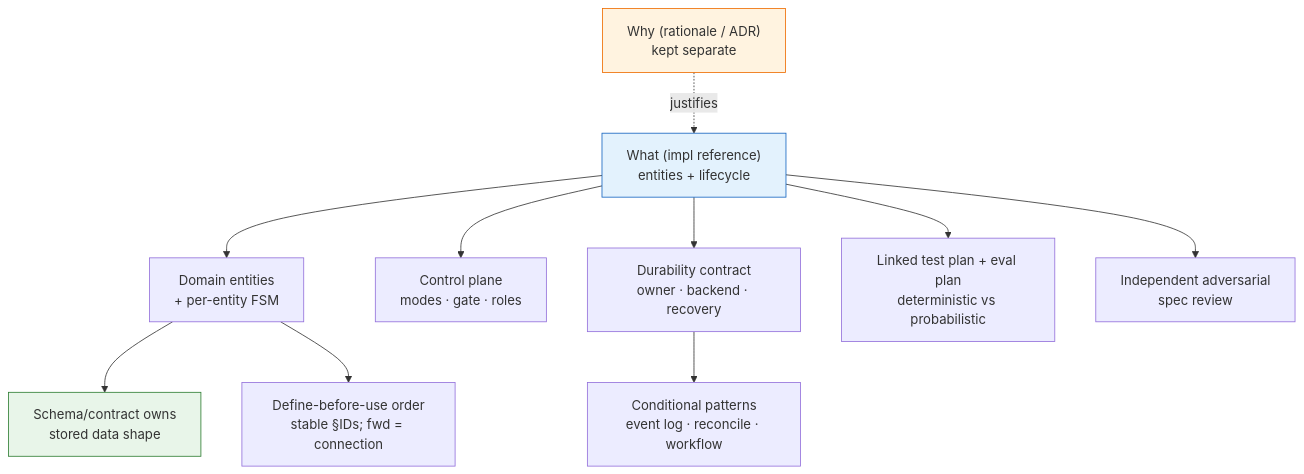
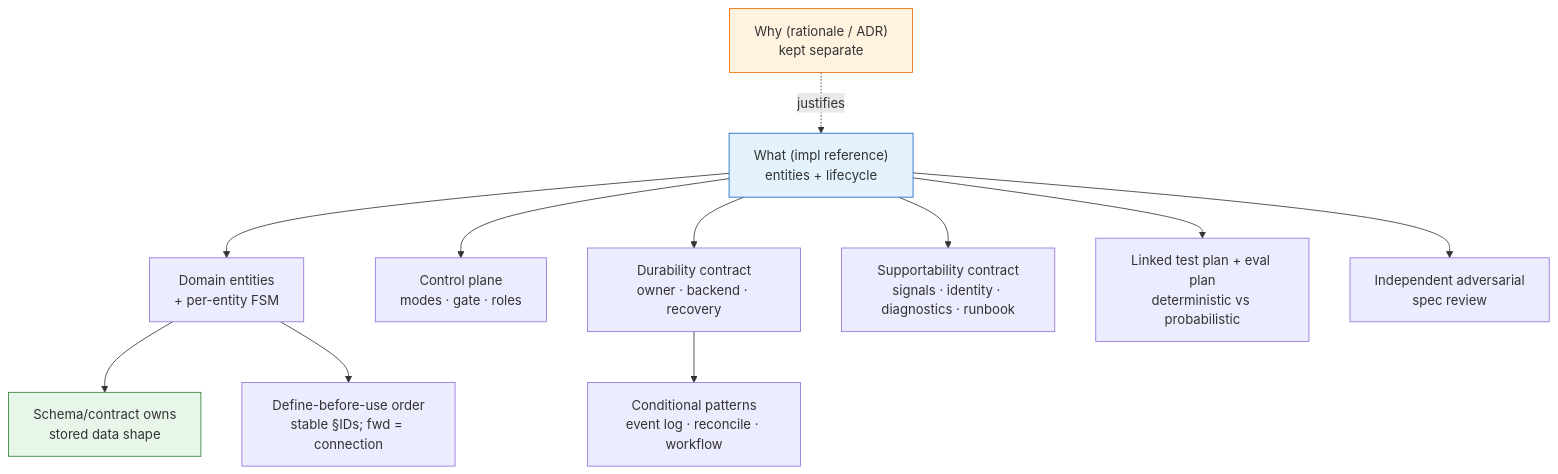
One commit to anatoly-m-maslennikov/dset-specs-loops-framework changed the diagram in methodology/01_Spec Authoring Patterns — Service Spec Conventions.md. Above: the diagram before and after it, drawn with Mermaid. The commit also changed other lines of this file and 6 other files, not shown here.

Commit message:
docs(methodology): add supportability contract

````diff
--- a/methodology/01_Spec Authoring Patterns — Service Spec Conventions.md
+++ b/methodology/01_Spec Authoring Patterns — Service Spec Conventions.md
@@ -5,15 +5,16 @@
 ```mermaid
 graph TD
     WHY["Why (rationale / ADR)<br/>kept separate"] -.justifies.-> WHAT
     WHAT["What (impl reference)<br/>entities + lifecycle"] --> ENT["Domain entities<br/>+ per-entity FSM"]
     ENT --> SCHEMA["Schema/contract owns<br/>stored data shape"]
     ENT --> ORDER["Define-before-use order<br/>stable §IDs; fwd = connection"]
     WHAT --> CTRL["Control plane<br/>modes · gate · roles"]
     WHAT --> DUR["Durability contract<br/>owner · backend · recovery"]
     DUR --> OPT["Conditional patterns<br/>event log · reconcile · workflow"]
+    WHAT --> SUPPORT["Supportability contract<br/>signals · identity · diagnostics · runbook"]
     WHAT --> TEST["Linked test plan + eval plan<br/>deterministic vs probabilistic"]
     WHAT --> REVIEW["Independent adversarial<br/>spec review"]
     style WHAT fill:#e3f2fd,stroke:#1565c0
     style WHY fill:#fff3e0,stroke:#ef6c00
     style SCHEMA fill:#e8f5e9,stroke:#2e7d32
 ```
````
